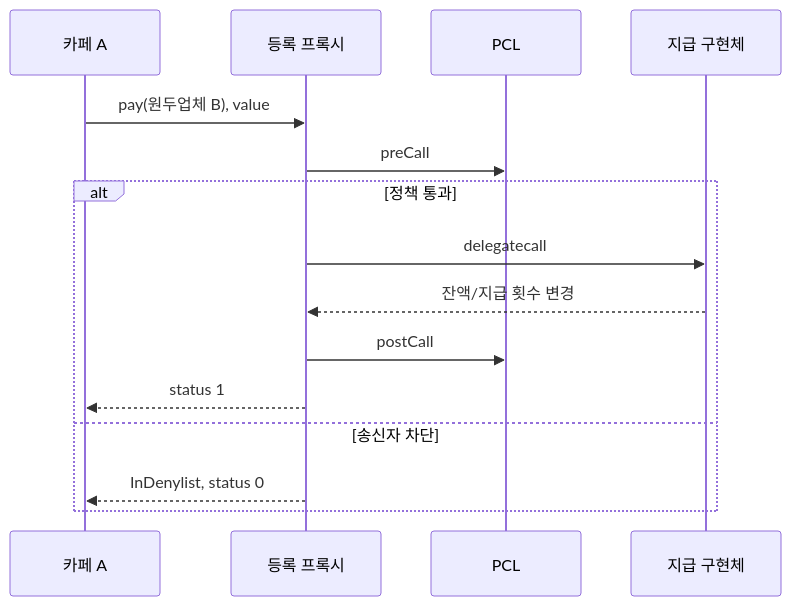
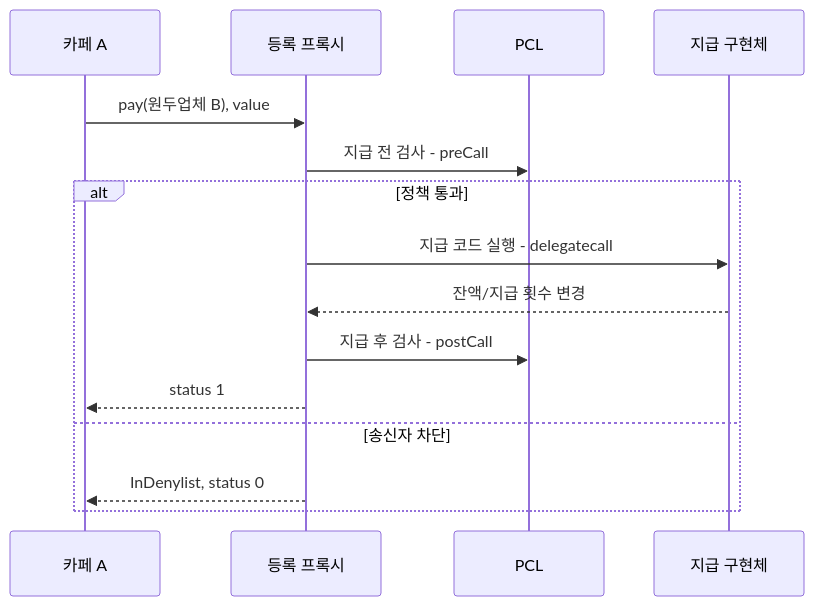
The second of 2 diagrams in docs/ARCHITECTURE.md (nubro999/maroo-devrel-submission), drawn with Mermaid before and after one commit. The commit also changed other lines of this file and 9 other files, not shown here.

````diff
--- a/docs/ARCHITECTURE.md
+++ b/docs/ARCHITECTURE.md
@@ -18,17 +18,17 @@
 ```mermaid
 sequenceDiagram
   participant A as 카페 A
   participant P as 등록 프록시
   participant C as PCL
   participant I as 지급 구현체
   A->>P: pay(원두업체 B), value
-  P->>C: preCall
+  P->>C: 지급 전 검사 - preCall
   alt 정책 통과
-    P->>I: delegatecall
+    P->>I: 지급 코드 실행 - delegatecall
     I-->>P: 잔액/지급 횟수 변경
-    P->>C: postCall
+    P->>C: 지급 후 검사 - postCall
     P-->>A: status 1
   else 송신자 차단
     P-->>A: InDenylist, status 0
   end
 ```
````
